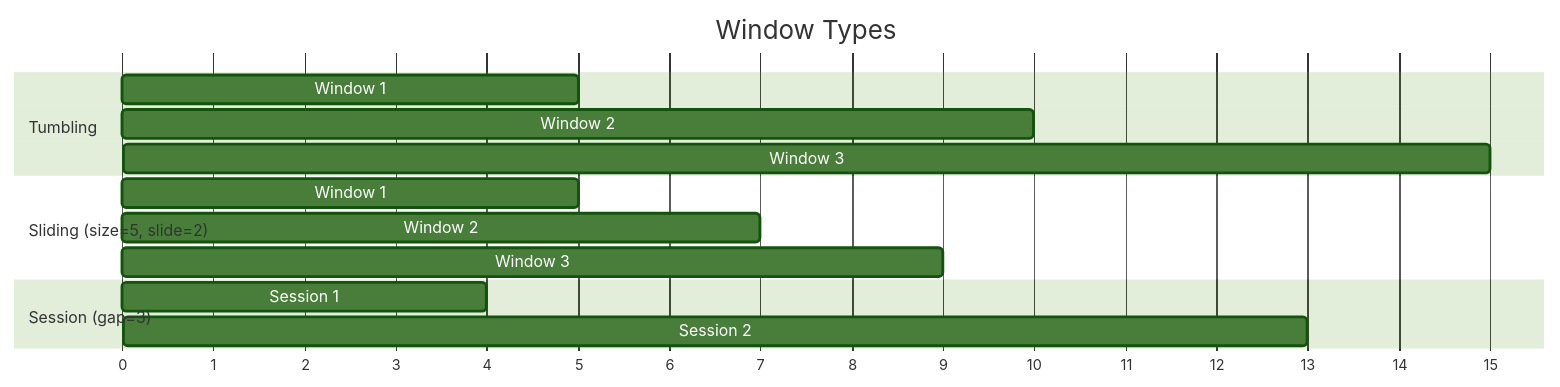
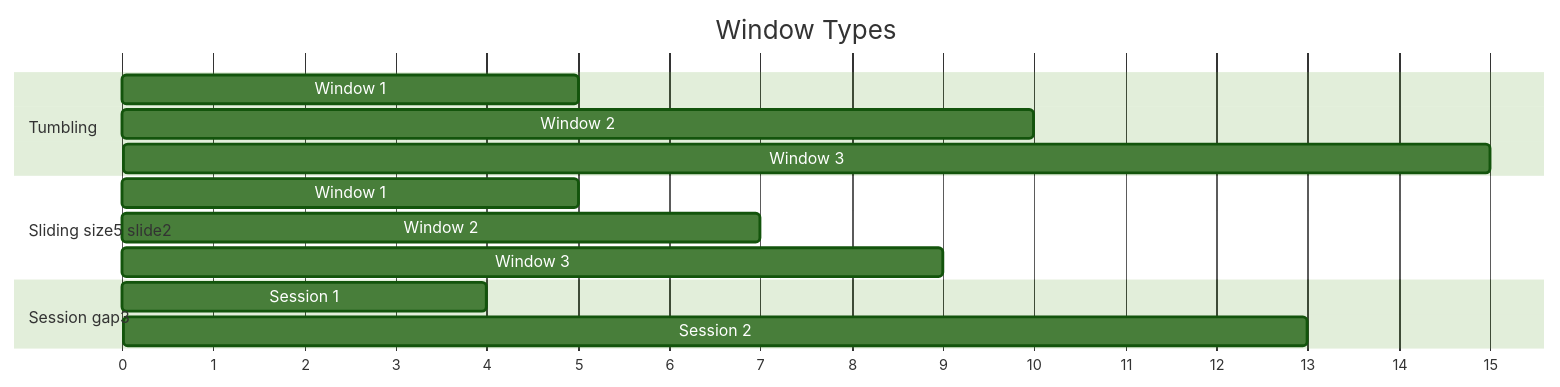
The eighth of 11 diagrams in docs/advanced/message_queues.md (spawn08/system-design-interview), drawn with Mermaid (forest theme) before and after one commit. The commit also changed other lines of this file and 89 other files, not shown here.

First line of the commit message:
Update documentation with Java code examples and improve Mermaid diagram formatting

````diff
--- a/docs/advanced/message_queues.md
+++ b/docs/advanced/message_queues.md
@@ -521,20 +539,20 @@
 ```mermaid
 gantt
     title Window Types
     dateFormat X
     axisFormat %s
 
     section Tumbling
     Window 1 :0, 5
     Window 2 :5, 10
     Window 3 :10, 15
 
-    section Sliding (size=5, slide=2)
+    section Sliding size5 slide2
     Window 1 :0, 5
     Window 2 :2, 7
     Window 3 :4, 9
 
-    section Session (gap=3)
+    section Session gap3
     Session 1 :0, 4
     Session 2 :8, 13
 ```
````
